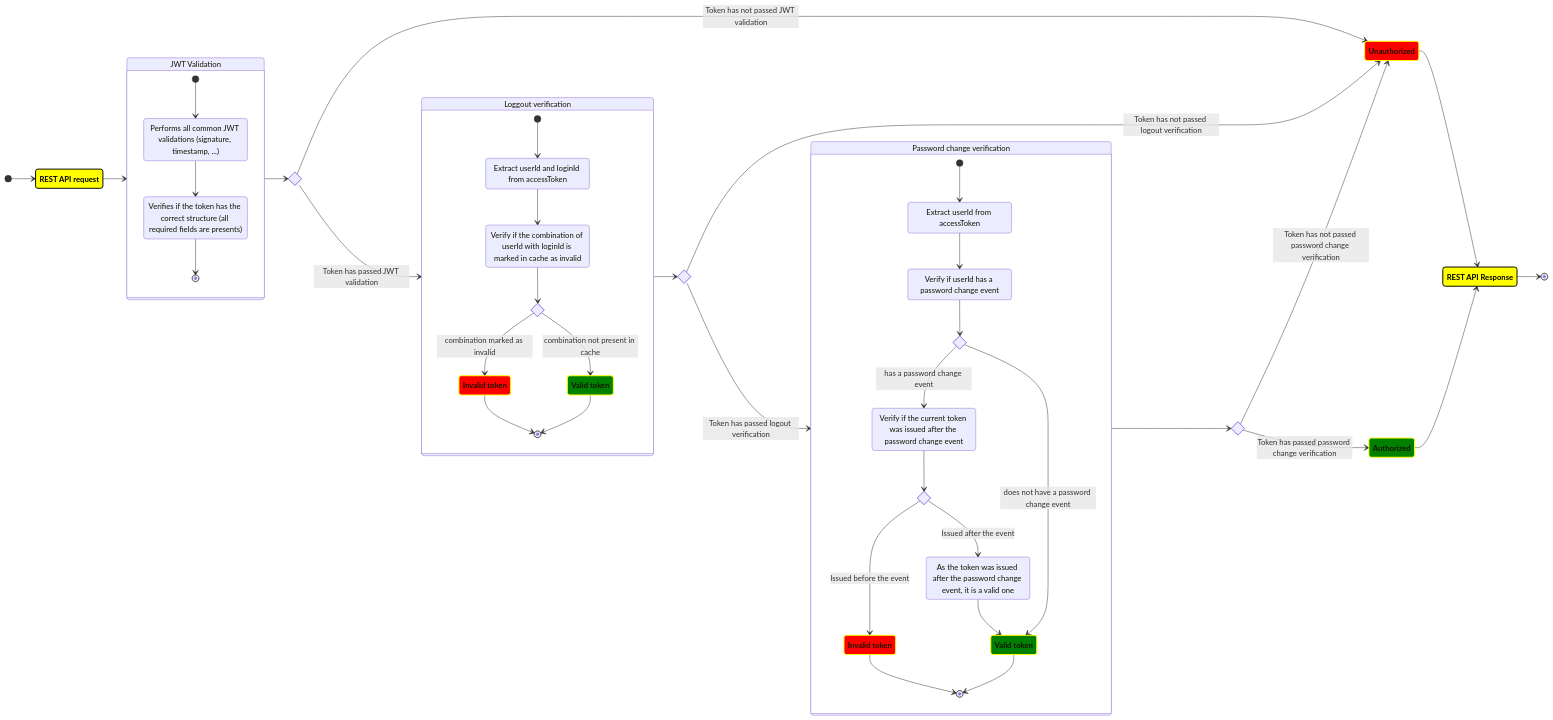
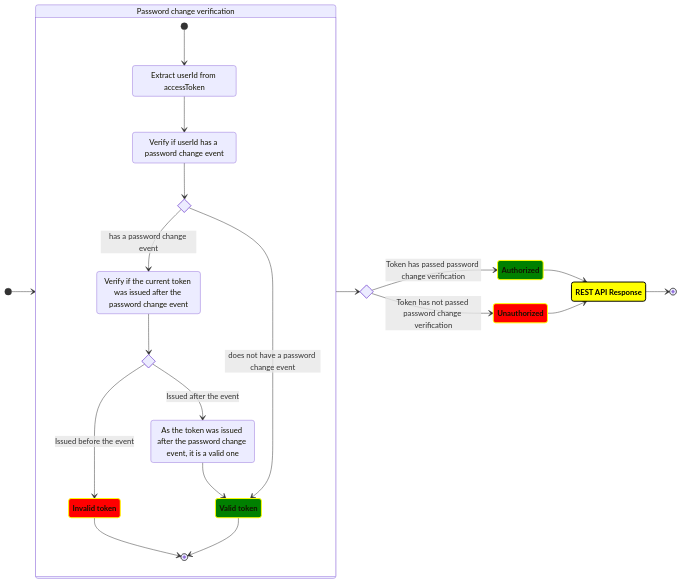
The seventh of 7 diagrams in docs/markdown/resolved-problems/authentication-flow.md (shimisnow/poc-nestjs), drawn with Mermaid before and after one commit. The commit also changed other lines of this file, not shown here.

Commit message:
docs: divide auth flow diagram in three parts to better visualization

```diff
--- a/docs/markdown/resolved-problems/authentication-flow.md
+++ b/docs/markdown/resolved-problems/authentication-flow.md
@@ -192,47 +283,6 @@
 class unauthorized unauthorized_style
 state "Authorized" as authorized
 class authorized authorized_style
-
-state "REST API request" as api_call
-class api_call rest_req_res
-
-[*] --> api_call
-
-state "JWT Validation" as jwt_validation {
-    [*] --> common_jwt
-    state "Performs all common JWT validations (signature, timestamp, ...)" as common_jwt
-    state "Verifies if the token has the correct structure (all required fields are presents)" as payload_structure
-    common_jwt --> payload_structure
-    payload_structure --> [*]
-}
-
-api_call --> jwt_validation
-state jwt_is_valid <<choice>>
-jwt_validation --> jwt_is_valid
-jwt_is_valid --> unauthorized: Token has not passed JWT validation
-
-
-state "Loggout verification" as loggout {
-    state "Extract userId and loginId from accessToken" as loggout_extraction
-    state "Verify if the combination of userId with loginId is marked in cache as invalid" as loggout_verification
-    [*] --> loggout_extraction
-    loggout_extraction --> loggout_verification
-    state has_loggout_event <<choice>>
-    loggout_verification --> has_loggout_event
-    state "Invalid token" as loggout_invalid_token
-    state "Valid token" as loggout_valid_token
-    has_loggout_event --> loggout_invalid_token: combination marked as invalid
-    has_loggout_event --> loggout_valid_token: combination not present in cache
-    loggout_invalid_token --> [*]
-    loggout_valid_token --> [*]
-}
-class loggout_invalid_token unauthorized_style
-class loggout_valid_token authorized_style
-
-jwt_is_valid --> loggout: Token has passed JWT validation
-state loggout_is_valid <<choice>>
-loggout --> loggout_is_valid
-loggout_is_valid --> unauthorized: Token has not passed logout verification
 
 state "Password change verification" as password_change {
     state "Extract userId from accessToken" as password_change_extraction
@@ -260,7 +310,7 @@
 class invalid_token unauthorized_style
 class valid_token authorized_style
 
-loggout_is_valid --> password_change: Token has passed logout verification
+[*] --> password_change
 
 state password_change_is_valid <<choice>>
 
```
